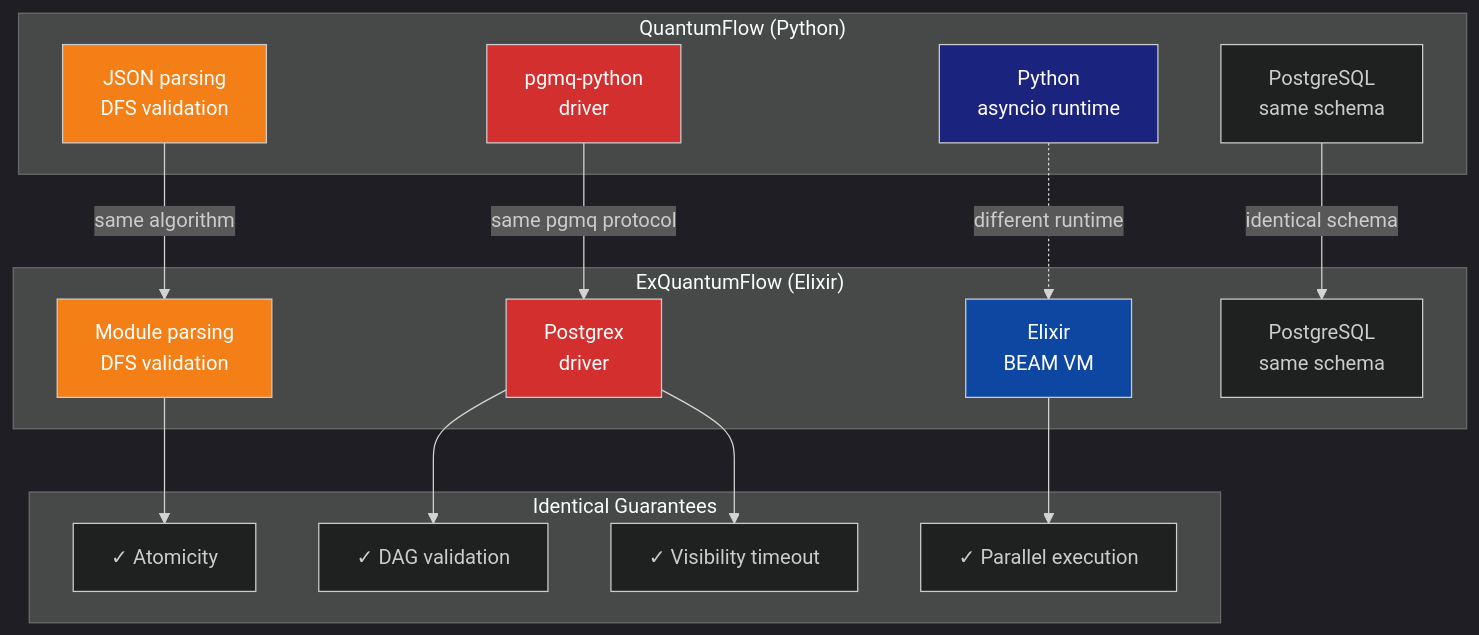
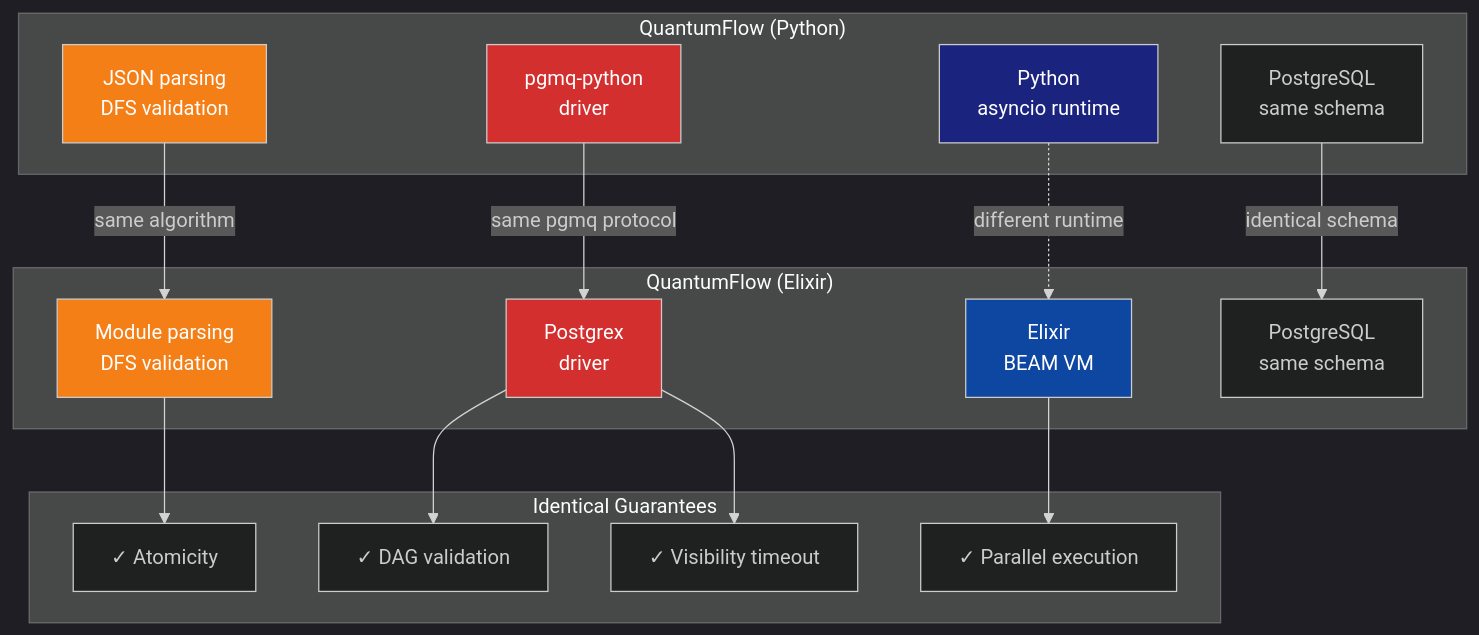
Before and after one commit to Singularity-ng/singularity-workflows: the ninth of 9 diagrams in ARCHITECTURE.md, drawn with Mermaid. The commit also changed other lines of this file and 63 other files, not shown here.

First line of the commit message:
feat: complete quantum flow implementation with all optimizations

````diff
--- a/ARCHITECTURE.md
+++ b/ARCHITECTURE.md
@@ -539,41 +539,41 @@
 ```mermaid
 %%{init: {'theme':'dark'}}%%
 graph TB
     subgraph "QuantumFlow (Python)"
         PL["Python<br/>asyncio runtime"]
         PDAG["JSON parsing<br/>DFS validation"]
         PQ["pgmq-python<br/>driver"]
         PDB["PostgreSQL<br/>same schema"]
     end
 
-    subgraph "ExQuantumFlow (Elixir)"
+    subgraph "QuantumFlow (Elixir)"
         EL["Elixir<br/>BEAM VM"]
         EDAG["Module parsing<br/>DFS validation"]
         EQ["Postgrex<br/>driver"]
         EDB["PostgreSQL<br/>same schema"]
     end
 
     subgraph "Identical Guarantees"
         G1["✓ Atomicity"]
         G2["✓ DAG validation"]
         G3["✓ Visibility timeout"]
         G4["✓ Parallel execution"]
     end
 
     PL -.->|different runtime| EL
     PDAG -->|same algorithm| EDAG
     PQ -->|same pgmq protocol| EQ
     PDB -->|identical schema| EDB
 
     EDAG --> G1
     EQ --> G2
     EQ --> G3
     EL --> G4
 
     style PL fill:#1a237e,color:#fff
     style PDAG fill:#f57f17,color:#fff
     style PQ fill:#d32f2f,color:#fff
     style EL fill:#0d47a1,color:#fff
     style EDAG fill:#f57f17,color:#fff
     style EQ fill:#d32f2f,color:#fff
 ```
````
